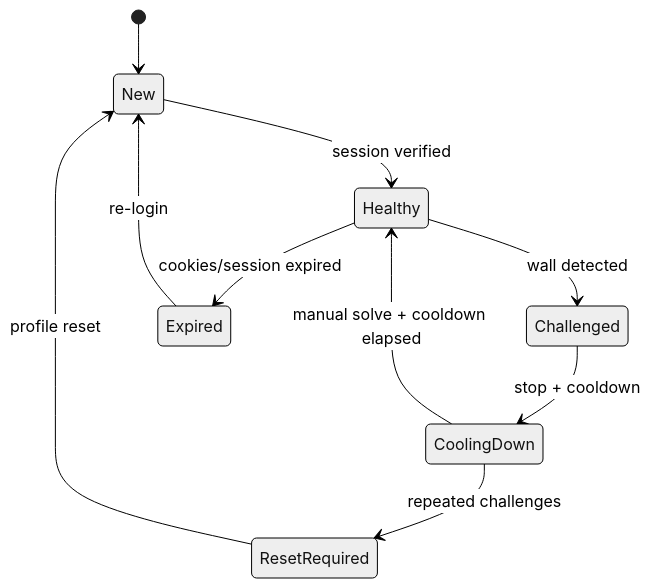
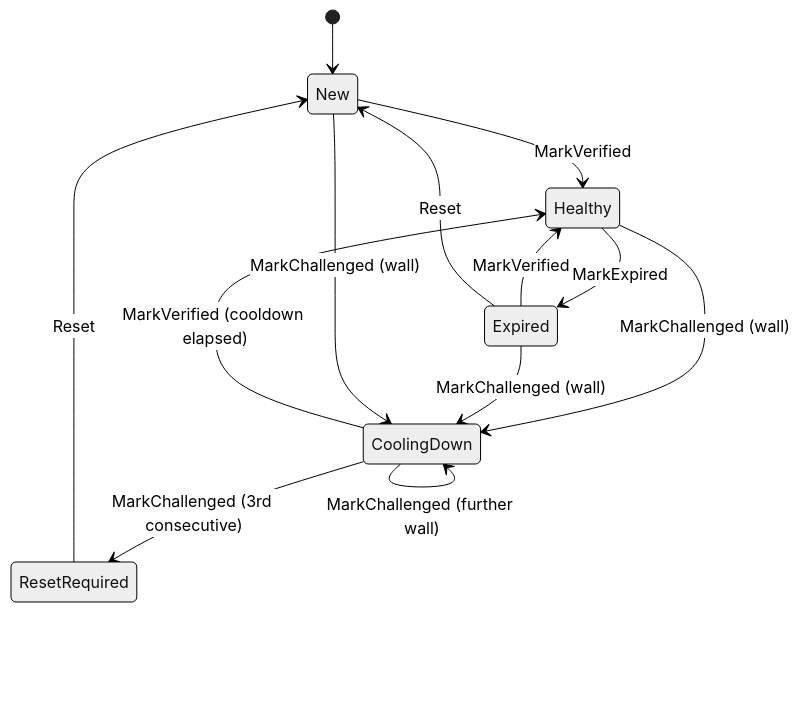
The fourth of 6 diagrams in docs/03-domain-model.md (AslamNazeerShaikh/PlaywrightDotNet), drawn with Mermaid (neutral theme) before and after one commit. The commit also changed other lines of this file and 3 other files, not shown here.

First line of the commit message:
docs: ground architecture docs in the implemented codebase with verified mermaid

````diff
--- a/docs/03-domain-model.md
+++ b/docs/03-domain-model.md
@@ -441,12 +470,15 @@
 ```mermaid
 stateDiagram-v2
     [*] --> New
-    New --> Healthy : session verified
-    Healthy --> Challenged : wall detected
-    Challenged --> CoolingDown : stop + cooldown
-    CoolingDown --> Healthy : manual solve + cooldown elapsed
-    CoolingDown --> ResetRequired : repeated challenges
-    ResetRequired --> New : profile reset
-    Healthy --> Expired : cookies/session expired
-    Expired --> New : re-login
+    New --> Healthy : MarkVerified
+    Healthy --> CoolingDown : MarkChallenged (wall)
+    Healthy --> Expired : MarkExpired
+    CoolingDown --> Healthy : MarkVerified (cooldown elapsed)
+    CoolingDown --> CoolingDown : MarkChallenged (further wall)
+    CoolingDown --> ResetRequired : MarkChallenged (3rd consecutive)
+    Expired --> Healthy : MarkVerified
+    Expired --> CoolingDown : MarkChallenged (wall)
+    Expired --> New : Reset
+    ResetRequired --> New : Reset
+    New --> CoolingDown : MarkChallenged (wall)
 ```
````
